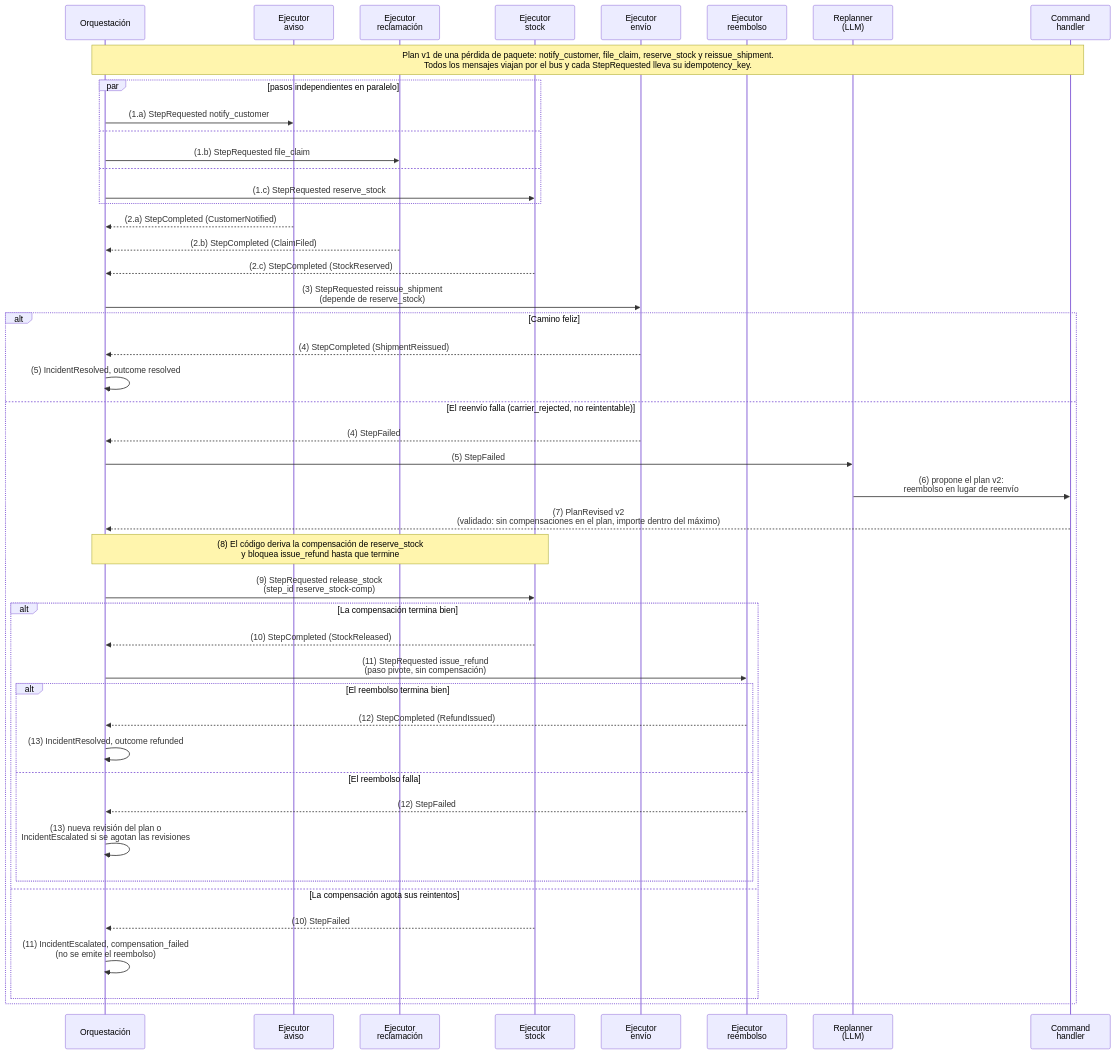
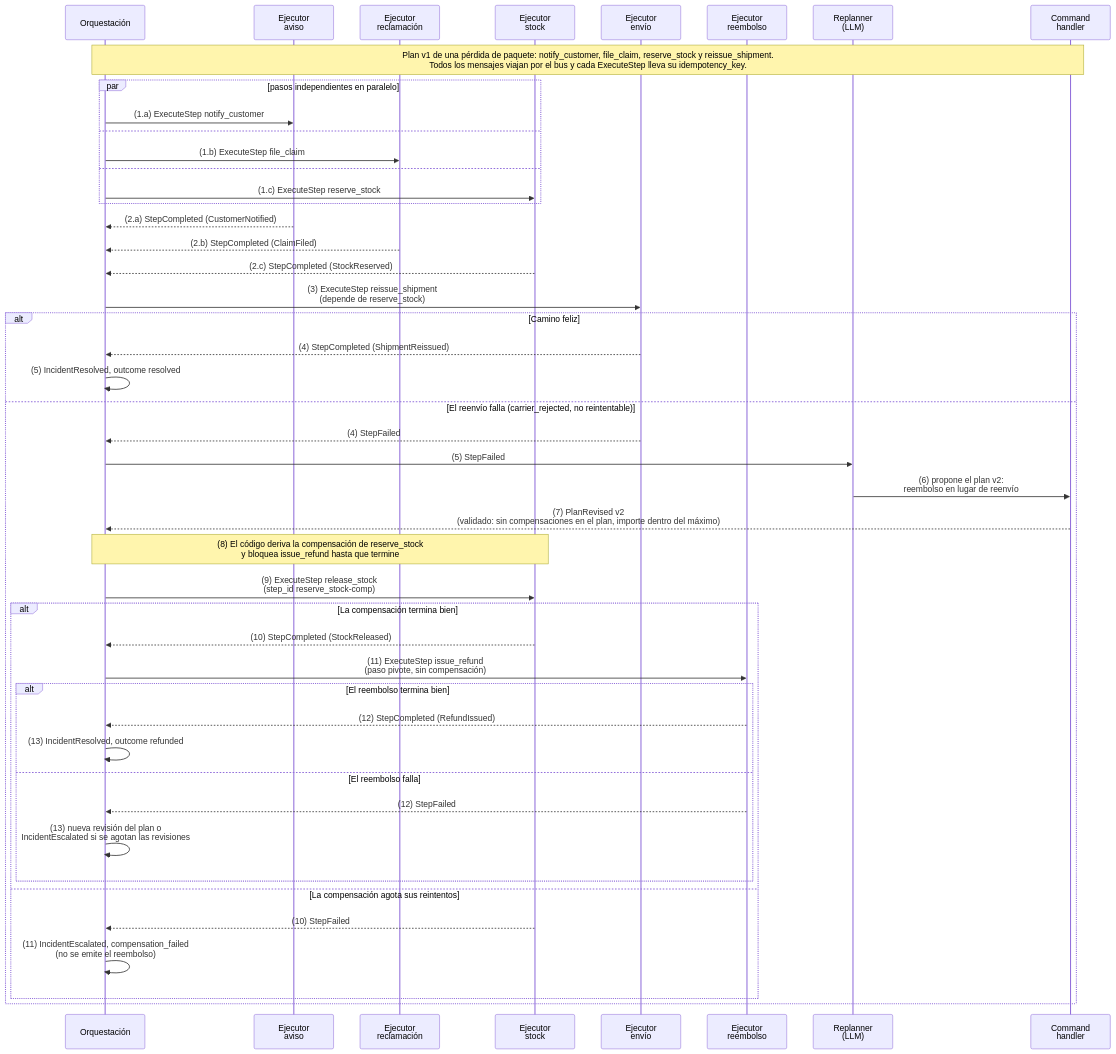
One commit to whinedo/eda-retail changed the second of 3 diagrams in docs/README.md. Above: the diagram before and after it, drawn with Mermaid. The commit also changed other lines of this file and 11 other files, not shown here.

````diff
--- a/docs/README.md
+++ b/docs/README.md
@@ -61,48 +61,48 @@
 ```mermaid
 sequenceDiagram
   participant Orq as Orquestación
   participant Av as Ejecutor<br/>aviso
   participant Rc as Ejecutor<br/>reclamación
   participant St as Ejecutor<br/>stock
   participant En as Ejecutor<br/>envío
   participant Rf as Ejecutor<br/>reembolso
   participant Rp as Replanner<br/>(LLM)
   participant CH as Command<br/>handler
-  Note over Orq,CH: Plan v1 de una pérdida de paquete: notify_customer, file_claim, reserve_stock y reissue_shipment.<br/>Todos los mensajes viajan por el bus y cada StepRequested lleva su idempotency_key.
+  Note over Orq,CH: Plan v1 de una pérdida de paquete: notify_customer, file_claim, reserve_stock y reissue_shipment.<br/>Todos los mensajes viajan por el bus y cada ExecuteStep lleva su idempotency_key.
   par pasos independientes en paralelo
-    Orq->>Av: (1.a) StepRequested notify_customer
+    Orq->>Av: (1.a) ExecuteStep notify_customer
   and
-    Orq->>Rc: (1.b) StepRequested file_claim
+    Orq->>Rc: (1.b) ExecuteStep file_claim
   and
-    Orq->>St: (1.c) StepRequested reserve_stock
+    Orq->>St: (1.c) ExecuteStep reserve_stock
   end
   Av-->>Orq: (2.a) StepCompleted (CustomerNotified)
   Rc-->>Orq: (2.b) StepCompleted (ClaimFiled)
   St-->>Orq: (2.c) StepCompleted (StockReserved)
-  Orq->>En: (3) StepRequested reissue_shipment<br/>(depende de reserve_stock)
+  Orq->>En: (3) ExecuteStep reissue_shipment<br/>(depende de reserve_stock)
   alt Camino feliz
     En-->>Orq: (4) StepCompleted (ShipmentReissued)
     Orq->>Orq: (5) IncidentResolved, outcome resolved
   else El reenvío falla (carrier_rejected, no reintentable)
     En-->>Orq: (4) StepFailed
     Orq->>Rp: (5) StepFailed
     Rp->>CH: (6) propone el plan v2:<br/>reembolso en lugar de reenvío
     CH-->>Orq: (7) PlanRevised v2<br/>(validado: sin compensaciones en el plan, importe dentro del máximo)
     Note over Orq,St: (8) El código deriva la compensación de reserve_stock<br/>y bloquea issue_refund hasta que termine
-    Orq->>St: (9) StepRequested release_stock<br/>(step_id reserve_stock-comp)
+    Orq->>St: (9) ExecuteStep release_stock<br/>(step_id reserve_stock-comp)
     alt La compensación termina bien
       St-->>Orq: (10) StepCompleted (StockReleased)
-      Orq->>Rf: (11) StepRequested issue_refund<br/>(paso pivote, sin compensación)
+      Orq->>Rf: (11) ExecuteStep issue_refund<br/>(paso pivote, sin compensación)
       alt El reembolso termina bien
         Rf-->>Orq: (12) StepCompleted (RefundIssued)
         Orq->>Orq: (13) IncidentResolved, outcome refunded
       else El reembolso falla
         Rf-->>Orq: (12) StepFailed
         Orq->>Orq: (13) nueva revisión del plan o<br/>IncidentEscalated si se agotan las revisiones
       end
     else La compensación agota sus reintentos
       St-->>Orq: (10) StepFailed
       Orq->>Orq: (11) IncidentEscalated, compensation_failed<br/>(no se emite el reembolso)
     end
   end
 ```
````
